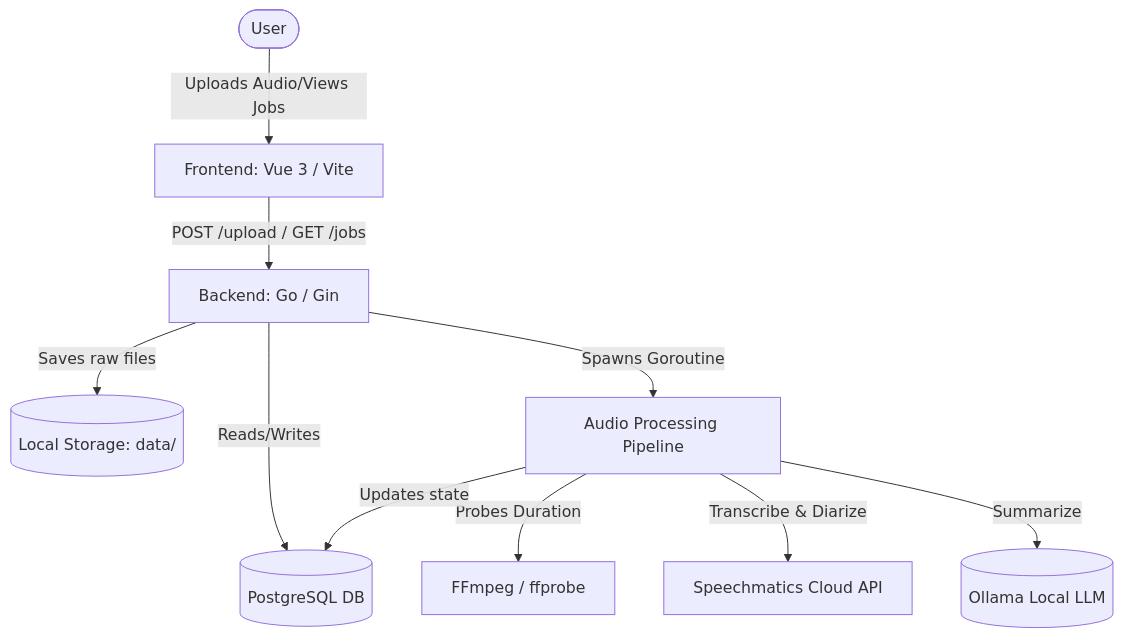
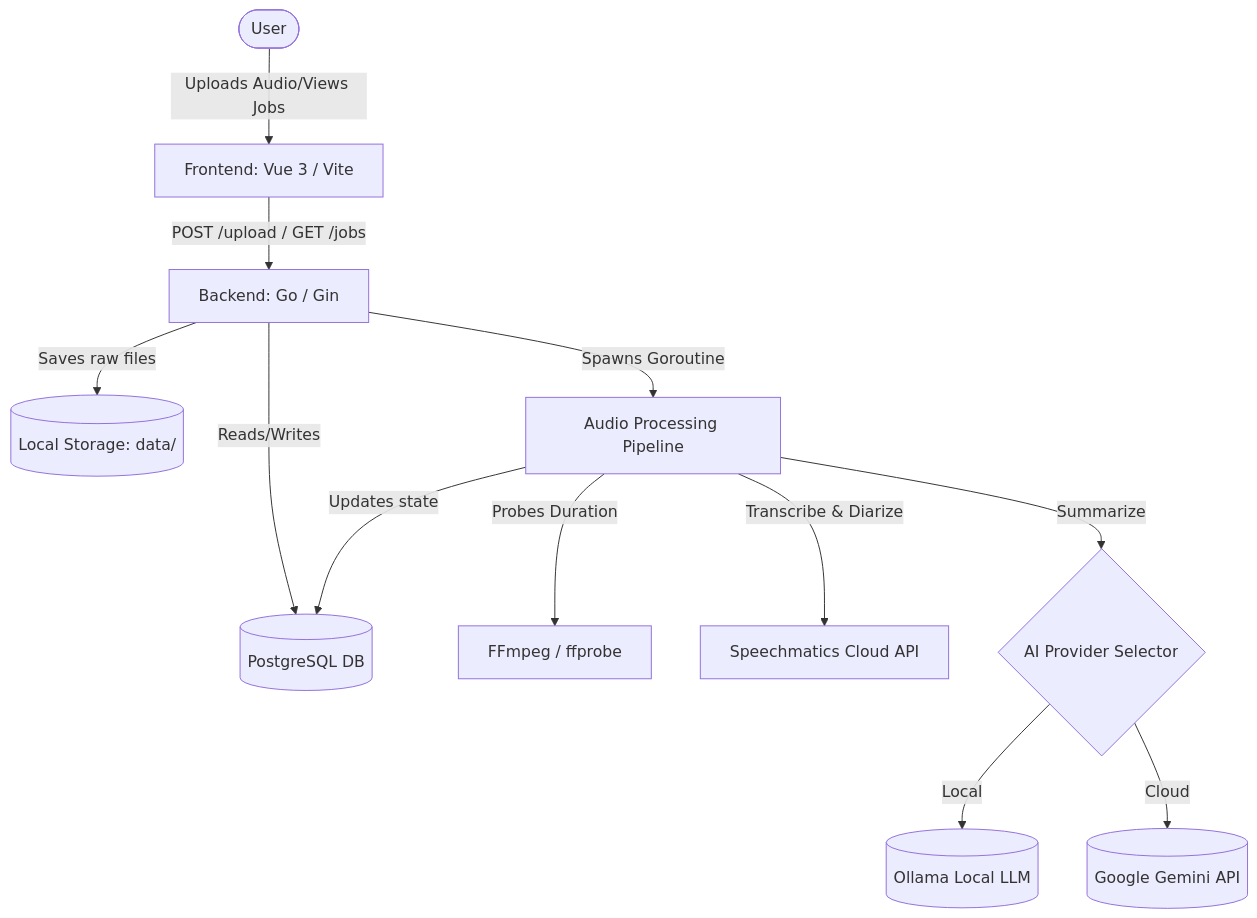
The diagram in TECHNICAL_SPECIFICATION.md (raenardcruz/clarifai), drawn with Mermaid before and after one commit. The commit also changed other lines of this file and 11 other files, not shown here.

````diff
--- a/TECHNICAL_SPECIFICATION.md
+++ b/TECHNICAL_SPECIFICATION.md
@@ -19,12 +21,14 @@
 ```mermaid
 graph TD
     User([User]) -->|Uploads Audio/Views Jobs| Frontend[Frontend: Vue 3 / Vite]
     Frontend -->|POST /upload / GET /jobs| Backend[Backend: Go / Gin]
     Backend -->|Saves raw files| Disk[(Local Storage: data/)]
     Backend -->|Reads/Writes| DB[(PostgreSQL DB)]
     Backend -->|Spawns Goroutine| Pipeline[Audio Processing Pipeline]
     Pipeline -->|Probes Duration| FFmpeg[FFmpeg / ffprobe]
     Pipeline -->|Transcribe & Diarize| Speechmatics[Speechmatics Cloud API]
-    Pipeline -->|Summarize| Ollama[(Ollama Local LLM)]
+    Pipeline -->|Summarize| AI{AI Provider Selector}
+    AI -->|Local| Ollama[(Ollama Local LLM)]
+    AI -->|Cloud| Gemini[(Google Gemini API)]
     Pipeline -->|Updates state| DB
 ```
````
